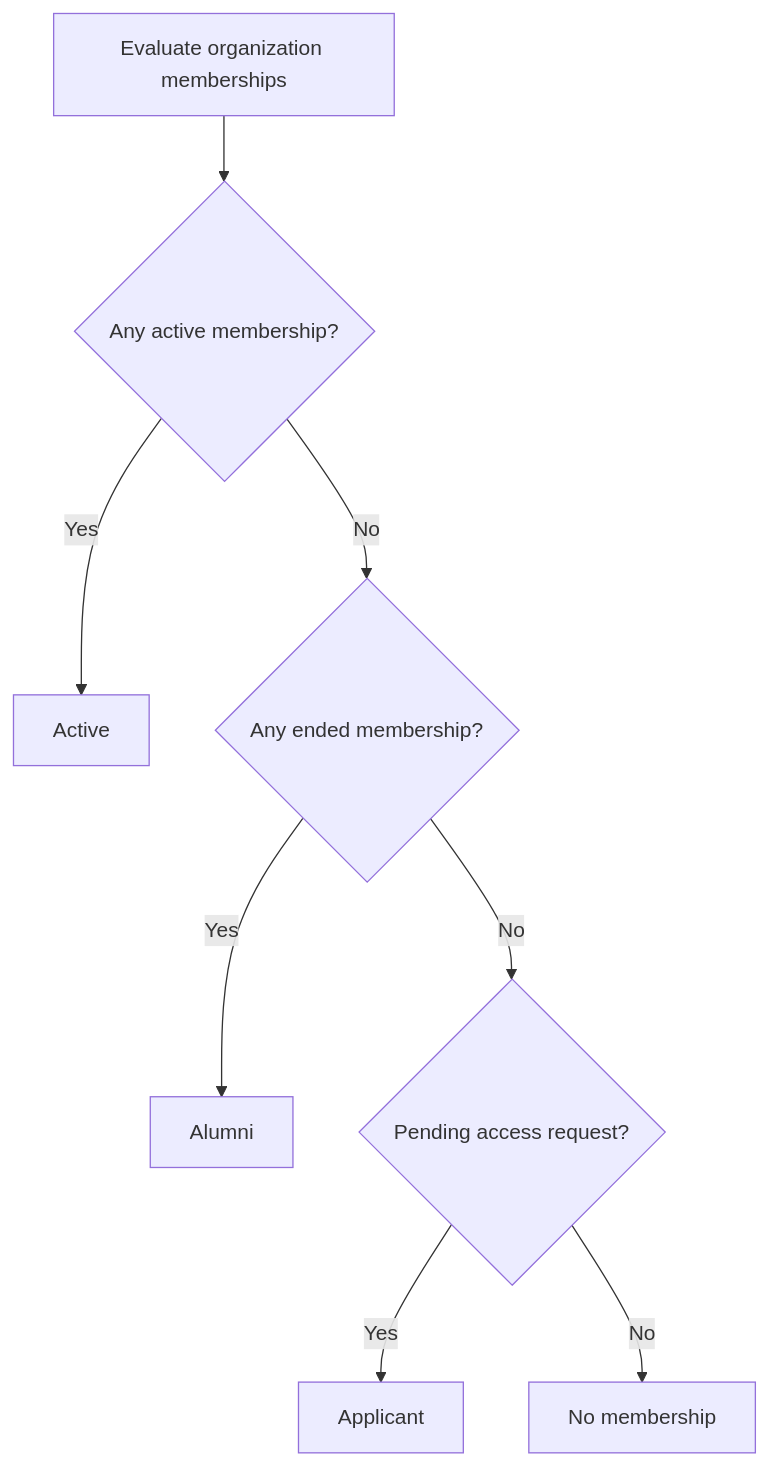
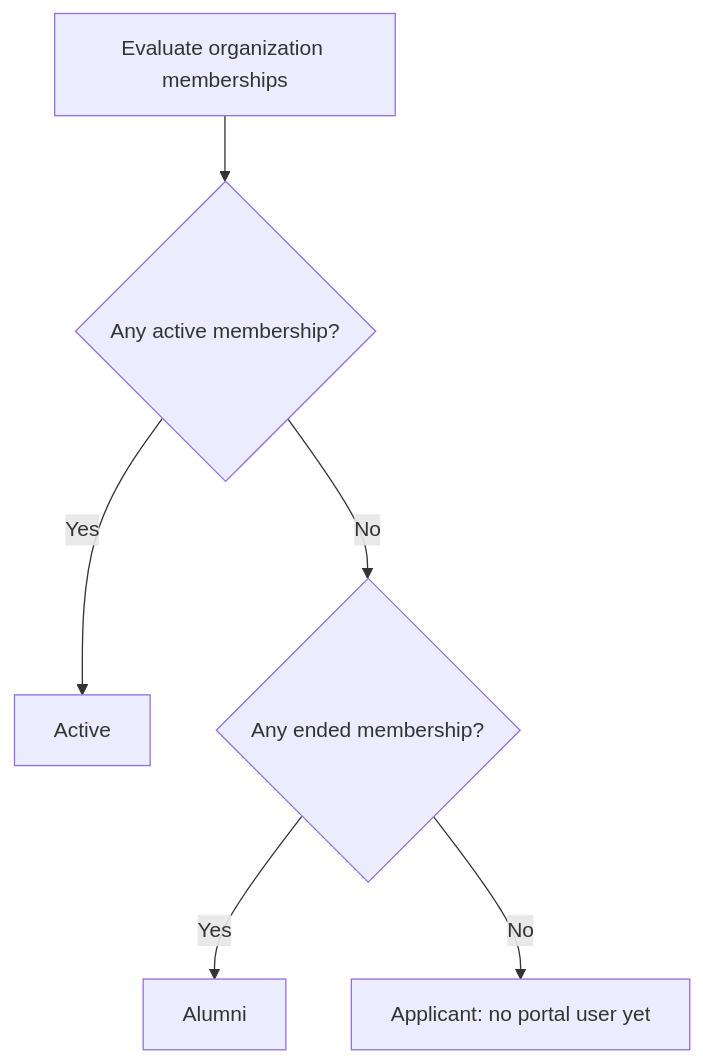
One commit to NORSTEC/intranet changed the first of 7 diagrams in docs/membership-lifecycle.md. Above: the diagram before and after it, drawn with Mermaid. The commit also changed other lines of this file and 53 other files, not shown here.

Commit message:
feat: update portal branding to NORSTEC, enhance account deletion process, and implement access request withdrawal functionality

````diff
--- a/docs/membership-lifecycle.md
+++ b/docs/membership-lifecycle.md
@@ -22,10 +23,8 @@
 ```mermaid
 flowchart TD
     A["Evaluate organization memberships"] --> B{"Any active membership?"}
     B -- Yes --> C["Active"]
     B -- No --> D{"Any ended membership?"}
     D -- Yes --> E["Alumni"]
-    D -- No --> F{"Pending access request?"}
-    F -- Yes --> G["Applicant"]
-    F -- No --> H["No membership"]
+    D -- No --> F["Applicant: no portal user yet"]
 ```
````
